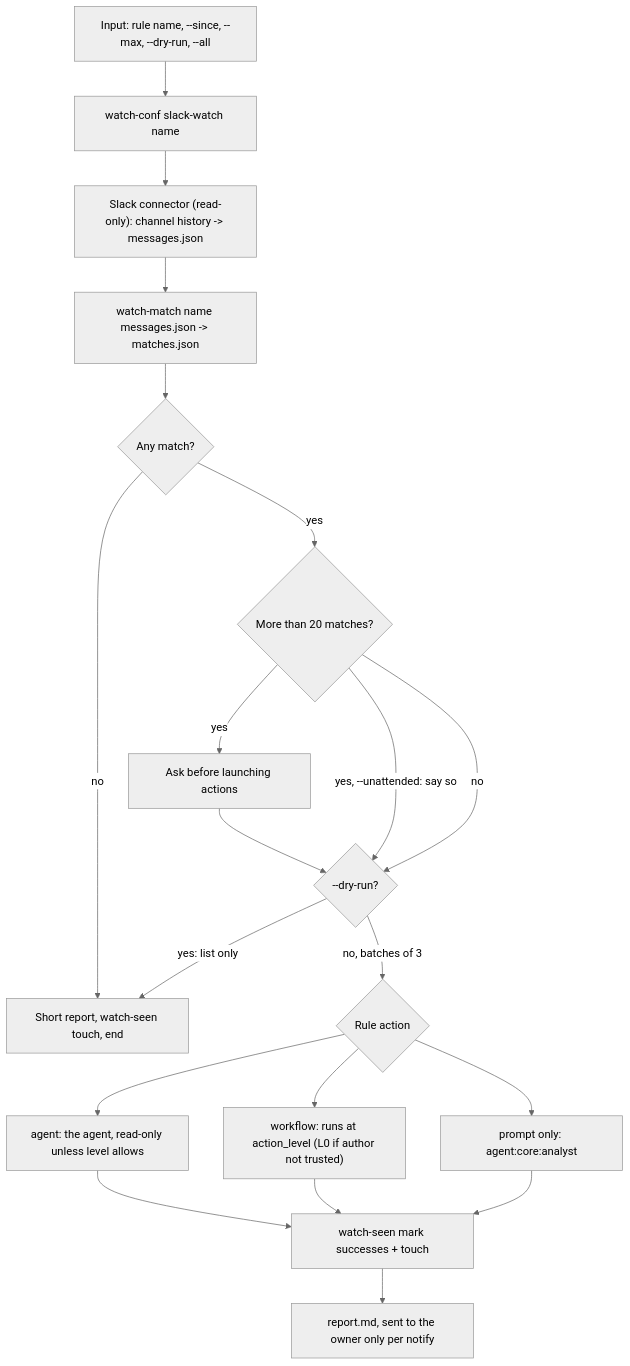
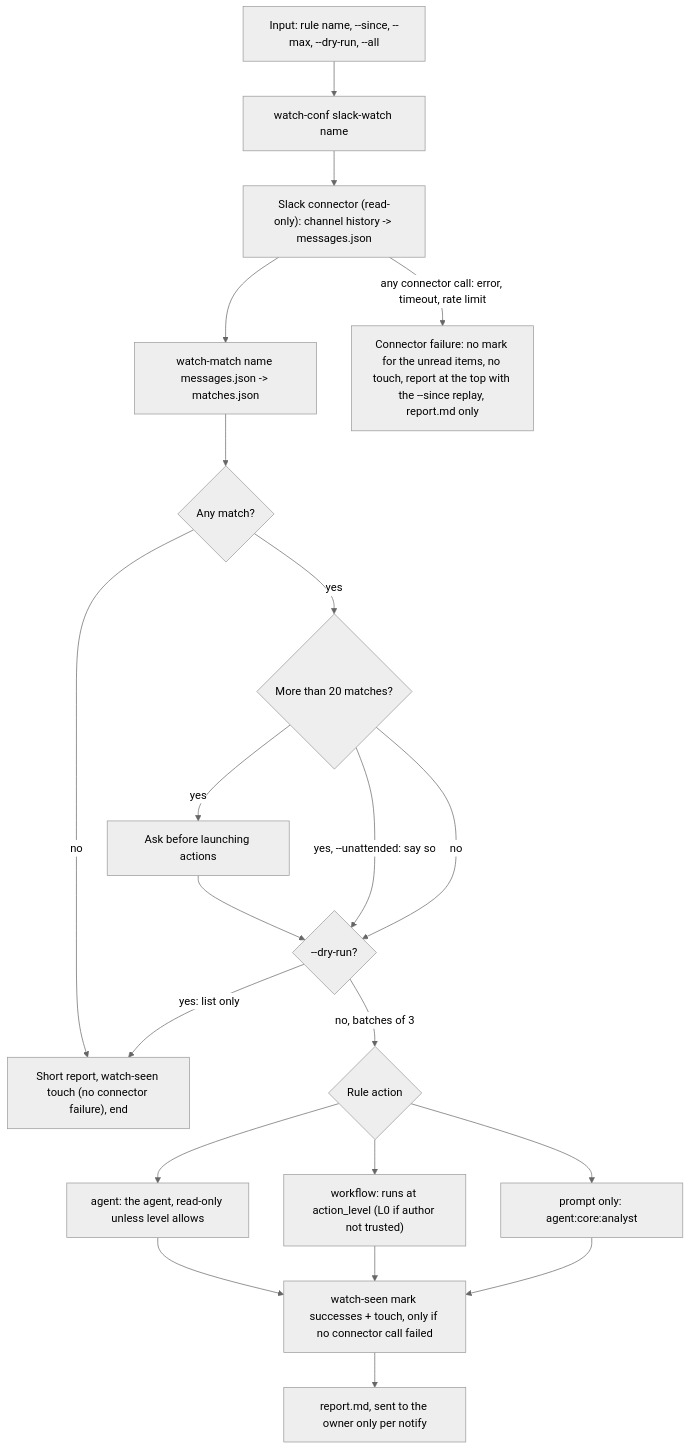
Before and after one commit to nicolasmondain/adorno: the second of 2 diagrams in src/workflows/slack/SCHEMA.md, drawn with Mermaid (neutral theme). The commit also changed other lines of this file and 24 other files, not shown here.

First line of the commit message:
feat(watch): connector failures, Notion trusted_authors, analyst flag (#49)

````diff
--- a/src/workflows/slack/SCHEMA.md
+++ b/src/workflows/slack/SCHEMA.md
@@ -27,30 +29,32 @@
 ```mermaid
 flowchart TD
   IN["Input: rule name, --since, --max, --dry-run, --all"]
   CF["watch-conf slack-watch name"]
   RD["Slack connector (read-only): channel history -> messages.json"]
   MT["watch-match name messages.json -> matches.json"]
   EM{"Any match?"}
-  TC["Short report, watch-seen touch, end"]
+  TC["Short report, watch-seen touch (no connector failure), end"]
   BIG{"More than 20 matches?"}
   ASK["Ask before launching actions"]
   DRY{"--dry-run?"}
   ACT{"Rule action"}
   AG["agent: the agent, read-only unless level allows"]
   WF["workflow: runs at action_level (L0 if author not trusted)"]
   PM["prompt only: agent:core:analyst"]
-  MK["watch-seen mark successes + touch"]
+  MK["watch-seen mark successes + touch, only if no connector call failed"]
   RP["report.md, sent to the owner only per notify"]
+  FAIL["Connector failure: no mark for the unread items, no touch, report at the top with the --since replay, report.md only"]
   IN --> CF --> RD --> MT --> EM
+  RD -->|"any connector call: error, timeout, rate limit"| FAIL
   EM -->|"no"| TC
   EM -->|"yes"| BIG
   BIG -->|"yes"| ASK --> DRY
   BIG -->|"yes, --unattended: say so"| DRY
   BIG -->|"no"| DRY
   DRY -->|"yes: list only"| TC
   DRY -->|"no, batches of 3"| ACT
   ACT --> AG --> MK
   ACT --> WF --> MK
   ACT --> PM --> MK
   MK --> RP
 ```
````
